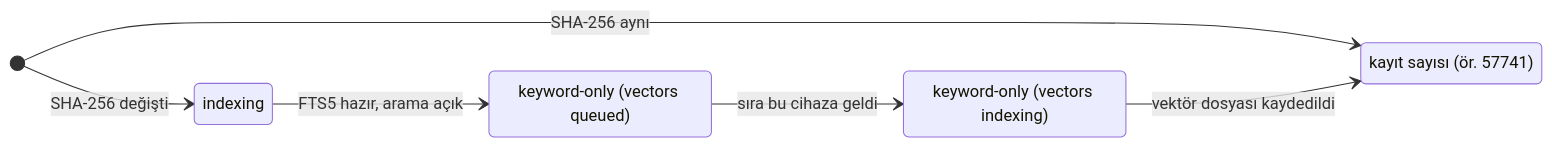
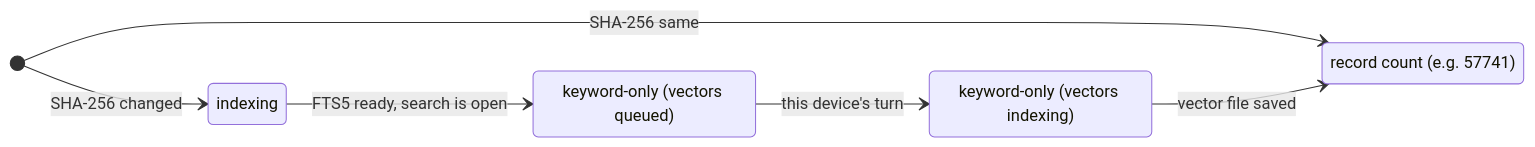
The fourth of 4 diagrams in README.md (emreyigit-tasdelen/Sensei-Aruba), drawn with Mermaid before and after one commit. The commit also changed other lines of this file and 16 other files, not shown here.

````diff
--- a/README.md
+++ b/README.md
@@ -160,13 +163,13 @@
 ```mermaid
 stateDiagram-v2
     direction LR
     state "indexing" as idx
     state "keyword-only (vectors queued)" as kq
     state "keyword-only (vectors indexing)" as kv
-    state "kayıt sayısı (ör. 57741)" as done
-    [*] --> idx: SHA-256 değişti
-    [*] --> done: SHA-256 aynı
-    idx --> kq: FTS5 hazır, arama açık
-    kq --> kv: sıra bu cihaza geldi
-    kv --> done: vektör dosyası kaydedildi
+    state "record count (e.g. 57741)" as done
+    [*] --> idx: SHA-256 changed
+    [*] --> done: SHA-256 same
+    idx --> kq: FTS5 ready, search is open
+    kq --> kv: this device's turn
+    kv --> done: vector file saved
 ```
````
